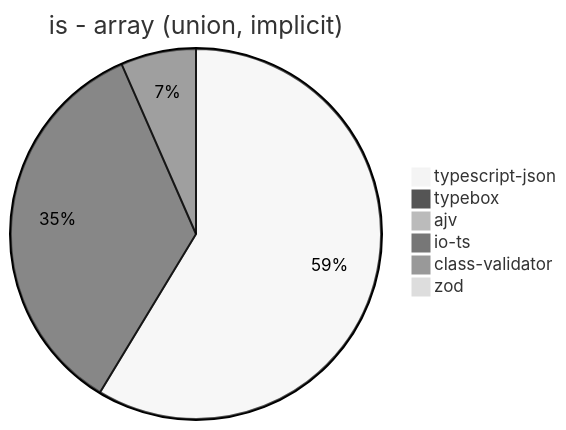
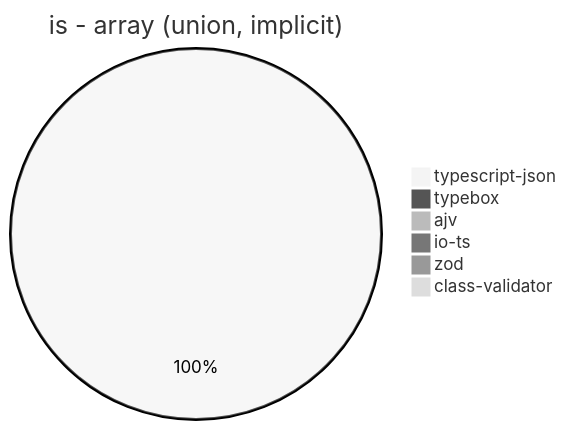
Before and after one commit to samchon/typia: the seventh of 39 diagrams in benchmark/results/AMD Ryzen 9 5900HX with Radeon Graphics.md, drawn with Mermaid (neutral theme). The commit also changed other lines of this file and 3 other files, not shown here.

````diff
--- a/benchmark/results/AMD Ryzen 9 5900HX with Radeon Graphics.md
+++ b/benchmark/results/AMD Ryzen 9 5900HX with Radeon Graphics.md
@@ -87,9 +87,9 @@
 ```mermaid
 pie title is - array (union, implicit)
-  "typescript-json": 4017.1002364926326
-  "typebox": 2379.8677443056577
+  "typescript-json": 1752.4518706865238
+  "typebox": 0
   "ajv": 0
-  "io-ts": 449.63558213418054
-  "class-validator": 9.816632709761066
-  "zod": 3.975766755017039
+  "io-ts": 0
+  "zod": 2.066115702479339
+  "class-validator": 5.3574727507851465
 ```
````
